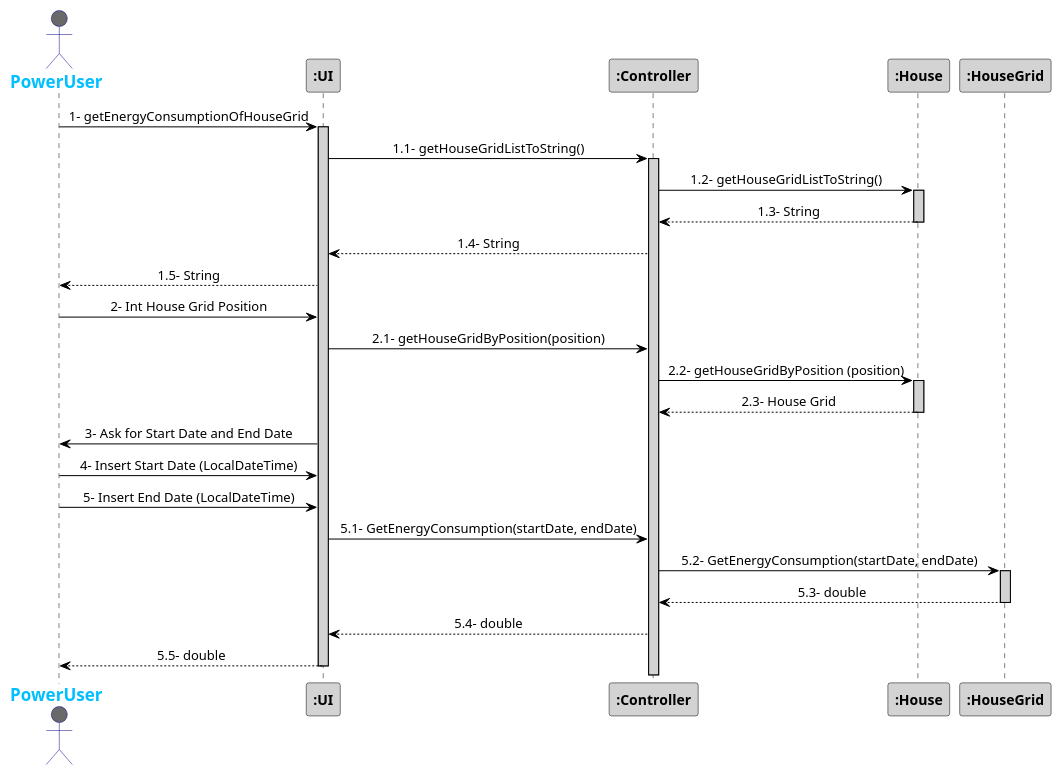
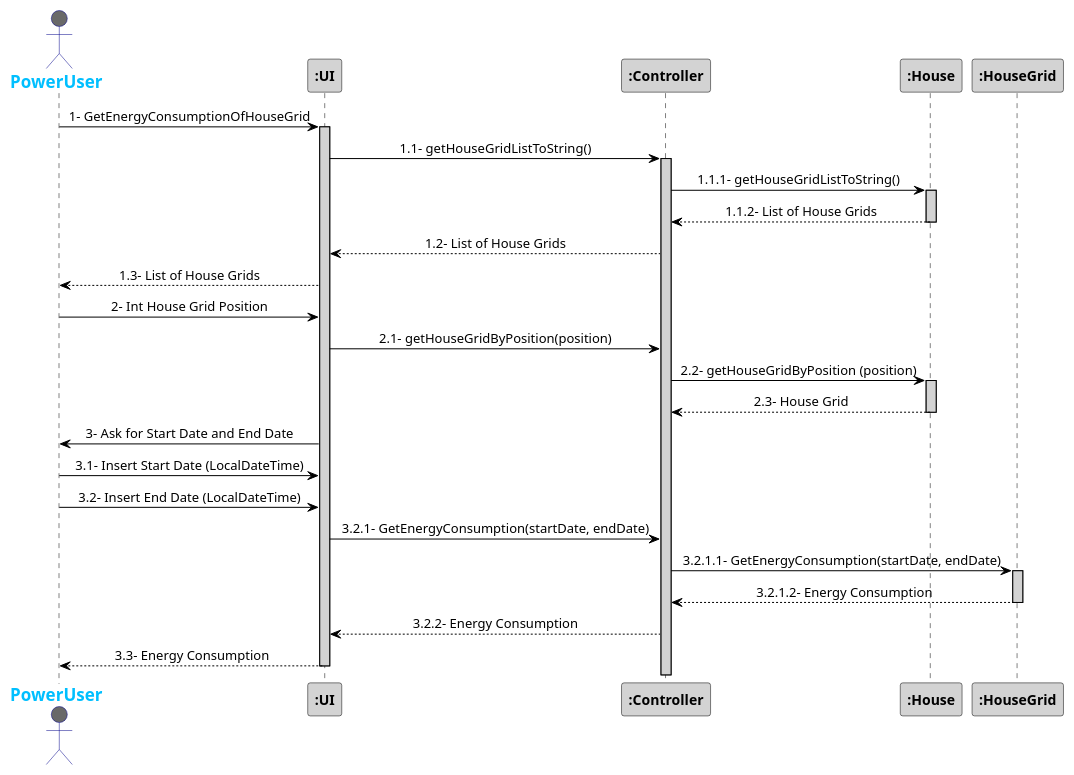
Before and after one commit to 1181687/hateoasToy: the diagram in src/Docs/Sprint3/GetEnergyConsumptionHouseGridInterval.puml, drawn with PlantUML.

Commit message:
Adresses #86 Changed GetEnergyConsumptionDataSeriesInterval sequence diagram

```diff
--- a/src/Docs/Sprint3/GetEnergyConsumptionHouseGridInterval.puml
+++ b/src/Docs/Sprint3/GetEnergyConsumptionHouseGridInterval.puml
@@ -1,52 +1,52 @@
 @startuml
 skinparam sequenceMessageAlign center
 skinparam sequence {
 	ArrowColor Black
 	ActorBorderColor DarkBlue
 	LifeLineBorderColor black
 	LifeLineBackgroundColor LightGrey
 
 	ParticipantBorderColor Black
 	ParticipantBackgroundColor LightGrey
 	ParticipantFontStyle Bold
 
 	ActorBackgroundColor DimGrey
 	ActorFontColor DeepSkyBlue
 	ActorFontStyle Bold
 	ActorFontSize 17
 	ActorFontName Aapex
 }
 
 actor PowerUser
-PowerUser -> ":UI": 1- getEnergyConsumptionOfHouseGrid
+PowerUser -> ":UI": 1- GetEnergyConsumptionOfHouseGrid
 activate ":UI"
 ":UI" -> ":Controller": 1.1- getHouseGridListToString()
 activate ":Controller"
-":Controller" -> ":House": 1.2- getHouseGridListToString()
+":Controller" -> ":House": 1.1.1- getHouseGridListToString()
 activate ":House"
-":Controller" <-- ":House": 1.3- String
+":Controller" <-- ":House": 1.1.2- List of House Grids
 deactivate ":House"
-":UI" <-- ":Controller": 1.4- String
-PowerUser <-- ":UI": 1.5- String
+":UI" <-- ":Controller": 1.2- List of House Grids
+PowerUser <-- ":UI": 1.3- List of House Grids
 
 PowerUser -> ":UI": 2- Int House Grid Position
 ":UI" -> ":Controller": 2.1- getHouseGridByPosition(position)
 ":Controller" -> ":House": 2.2- getHouseGridByPosition (position)
 activate ":House"
 ":Controller" <-- ":House": 2.3- House Grid
 deactivate ":House"
 
 PowerUser <- ":UI": 3- Ask for Start Date and End Date
 
-PowerUser -> ":UI": 4- Insert Start Date (LocalDateTime)
-PowerUser -> ":UI": 5- Insert End Date (LocalDateTime)
-":UI" -> ":Controller": 5.1- GetEnergyConsumption(startDate, endDate)
-":Controller" -> ":HouseGrid": 5.2- GetEnergyConsumption(startDate, endDate)
+PowerUser -> ":UI": 3.1- Insert Start Date (LocalDateTime)
+PowerUser -> ":UI": 3.2- Insert End Date (LocalDateTime)
+":UI" -> ":Controller": 3.2.1- GetEnergyConsumption(startDate, endDate)
+":Controller" -> ":HouseGrid": 3.2.1.1- GetEnergyConsumption(startDate, endDate)
 activate ":HouseGrid"
-":Controller" <-- ":HouseGrid": 5.3- double
+":Controller" <-- ":HouseGrid": 3.2.1.2- Energy Consumption
 deactivate ":HouseGrid"
-":UI" <-- ":Controller": 5.4- double
-PowerUser <-- ":UI": 5.5- double
+":UI" <-- ":Controller": 3.2.2- Energy Consumption
+PowerUser <-- ":UI": 3.3- Energy Consumption
 deactivate ":UI"
 
 @enduml
```
